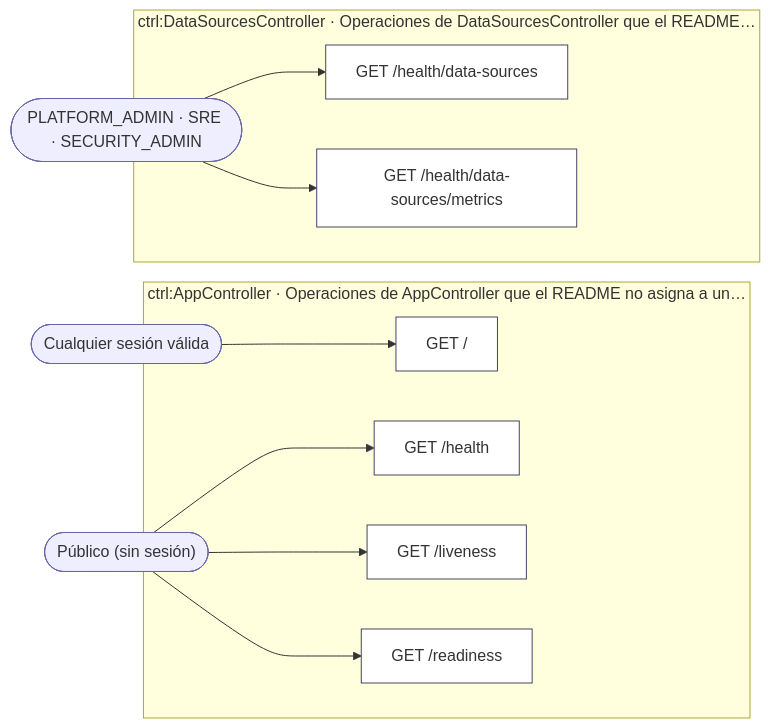
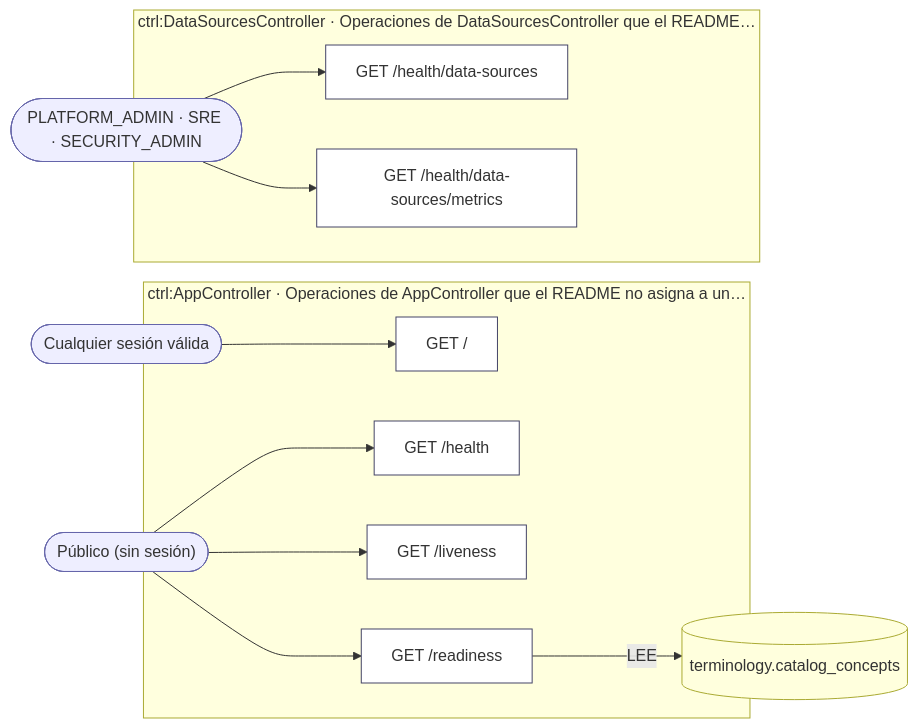
One commit to mdavila-2001/mantra-core-health-api changed the first of 3 diagrams in docs/inventario/flujos/app.md. Above: the diagram before and after it, drawn with Mermaid. The commit also changed other lines of this file and 22 other files, not shown here.

````diff
--- a/docs/inventario/flujos/app.md
+++ b/docs/inventario/flujos/app.md
@@ -33,26 +33,28 @@
 ```mermaid
 flowchart LR
   a2(["Cualquier sesión válida"]):::actor
   a4(["Público (sin sesión)"]):::actor
-  a8(["PLATFORM_ADMIN · SRE · SECURITY_ADMIN"]):::actor
+  a9(["PLATFORM_ADMIN · SRE · SECURITY_ADMIN"]):::actor
+  t7[("terminology.catalog_concepts")]:::tabla
   subgraph s0["ctrl:AppController · Operaciones de AppController que el README no asigna a un…"]
     o1["GET /"]:::op
     o3["GET /health"]:::op
     o5["GET /liveness"]:::op
     o6["GET /readiness"]:::op
   end
   subgraph s1["ctrl:DataSourcesController · Operaciones de DataSourcesController que el README…"]
-    o7["GET /health/data-sources"]:::op
-    o9["GET /health/data-sources/metrics"]:::op
+    o8["GET /health/data-sources"]:::op
+    o10["GET /health/data-sources/metrics"]:::op
   end
   a2 --> o1
   a4 --> o3
   a4 --> o5
   a4 --> o6
-  a8 --> o7
-  a8 --> o9
+  o6 -->|"LEE"| t7
+  a9 --> o8
+  a9 --> o10
   classDef op fill:#fff,stroke:#446
   classDef actor fill:#eef,stroke:#66a
   classDef tabla fill:#ffd,stroke:#aa3
   classDef evento fill:#efe,stroke:#3a3
 ```
````
